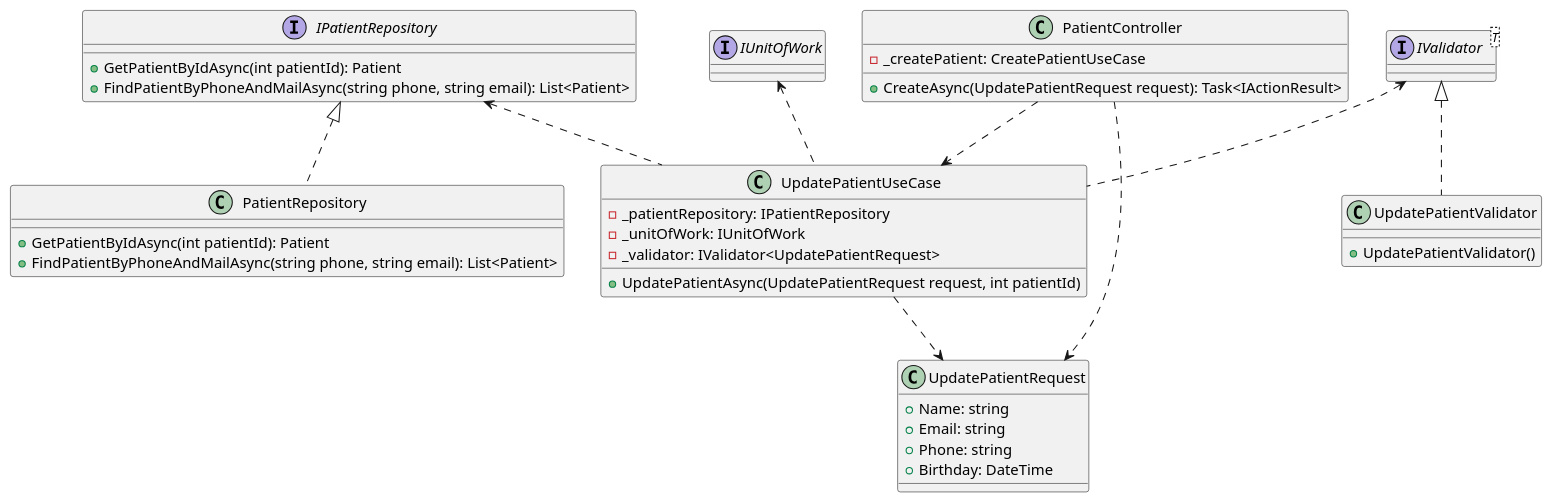
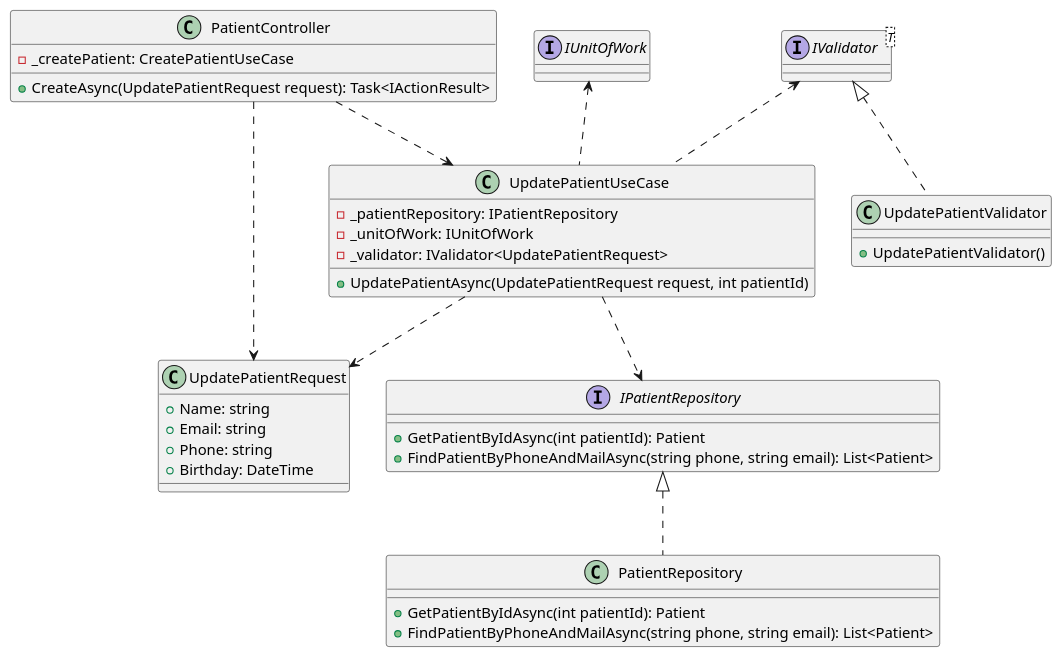
Before and after one commit to jang1902/SEP490_Sequence: the diagram in ClassDiagram/Patient/UpdatePatientCD.puml, drawn with PlantUML. The commit also changed 14 other files, not shown here.

```diff
--- a/ClassDiagram/Patient/UpdatePatientCD.puml
+++ b/ClassDiagram/Patient/UpdatePatientCD.puml
@@ -1,47 +1,48 @@
 @startuml
 interface IPatientRepository{
 +GetPatientByIdAsync(int patientId): Patient
 +FindPatientByPhoneAndMailAsync(string phone, string email): List<Patient>
 }
 interface IValidator<T>
 interface IUnitOfWork
 
 class PatientRepository {
 +GetPatientByIdAsync(int patientId): Patient
 +FindPatientByPhoneAndMailAsync(string phone, string email): List<Patient>
 }
 
 class UpdatePatientUseCase {
   -  _patientRepository: IPatientRepository
   -  _unitOfWork: IUnitOfWork
   -  _validator: IValidator<UpdatePatientRequest>
   +UpdatePatientAsync(UpdatePatientRequest request, int patientId)
 }
 
 class UpdatePatientValidator {
   + UpdatePatientValidator()
 }
 
 class PatientController {
   -  _createPatient: CreatePatientUseCase
   + CreateAsync(UpdatePatientRequest request): Task<IActionResult>
 }
 
 class UpdatePatientRequest {
   +  Name: string
   +  Email: string
   +  Phone: string
   +  Birthday: DateTime
 }
 
 IPatientRepository <|.. PatientRepository
-IPatientRepository <.. UpdatePatientUseCase
+UpdatePatientUseCase ..> IPatientRepository
+
 IUnitOfWork <.. UpdatePatientUseCase
 IValidator <|.. UpdatePatientValidator
 IValidator <.. UpdatePatientUseCase
 
 UpdatePatientUseCase ..> UpdatePatientRequest
 PatientController ..> UpdatePatientUseCase
 PatientController ..> UpdatePatientRequest
 
 @enduml
```
